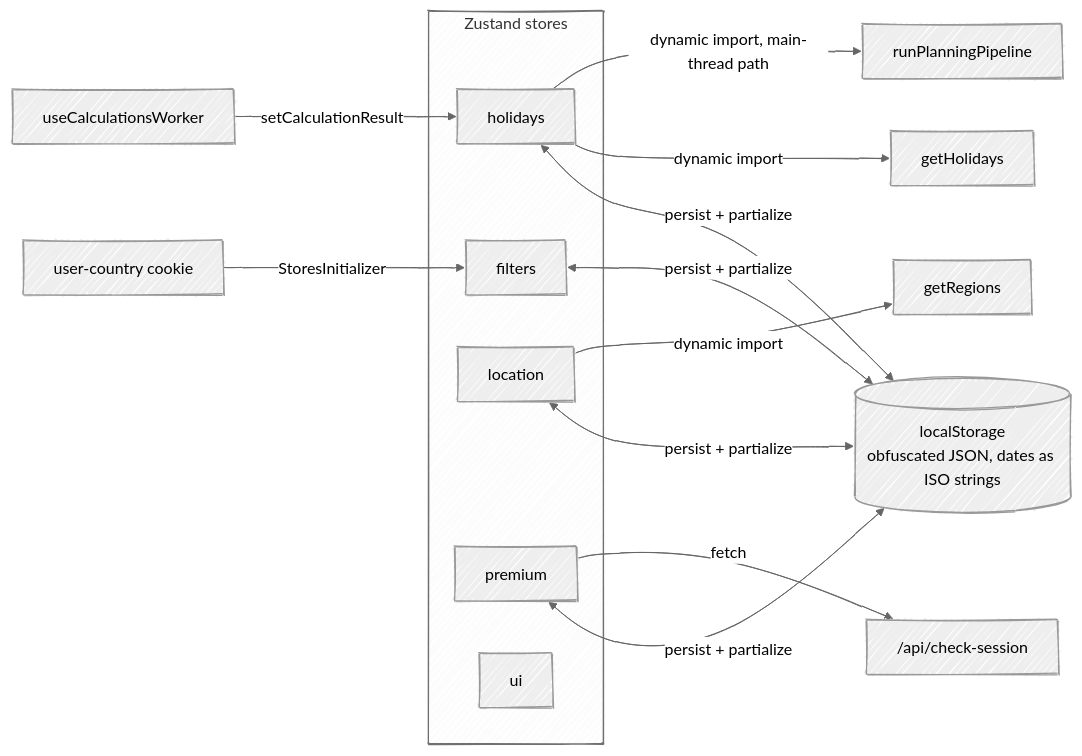
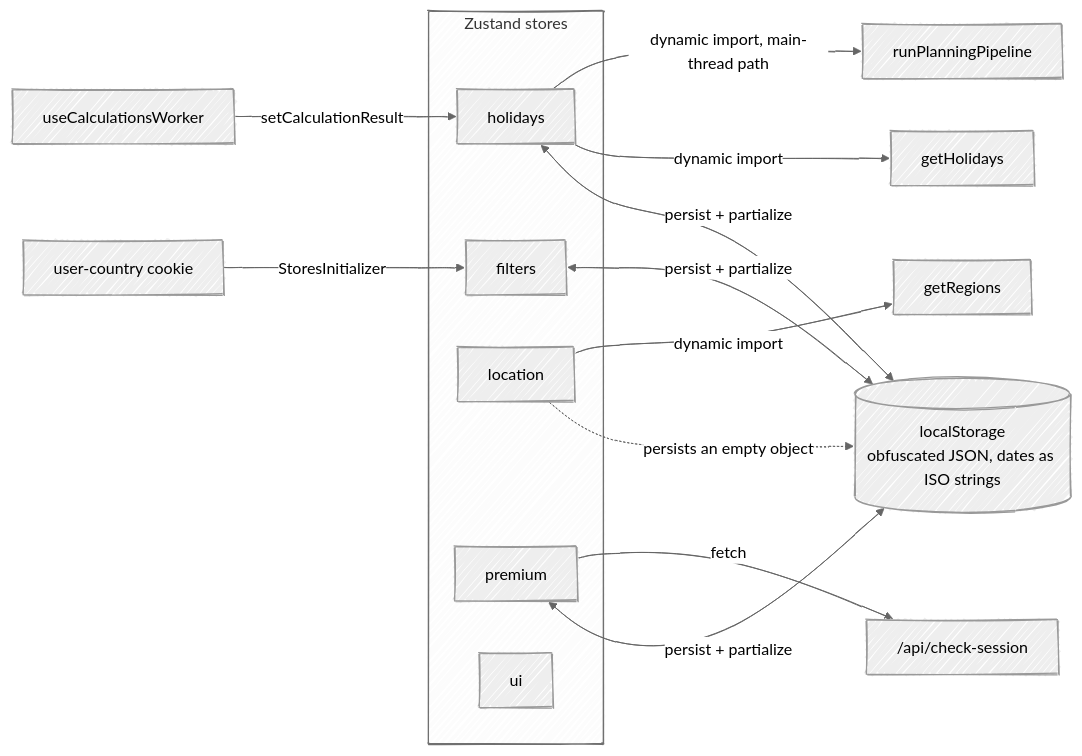
One commit to fbuireu/forever-pto changed the first of 2 diagrams in apps/docs/src/content/docs/how-it-works/state-stores.mdx. Above: the diagram before and after it, drawn with Mermaid (neutral theme). The commit also changed other lines of this file and 22 other files, not shown here.

````diff
--- a/apps/docs/src/content/docs/how-it-works/state-stores.mdx
+++ b/apps/docs/src/content/docs/how-it-works/state-stores.mdx
@@ -9,23 +9,24 @@
 ```mermaid
 ---
 config:
   look: handDrawn
   layout: dagre
 ---
 flowchart LR
   subgraph stores [Zustand stores]
     F[filters]
     H[holidays]
     L[location]
     P[premium]
     U[ui]
   end
-  LS[(localStorage<br/>obfuscated JSON, dates as ISO strings)]
-  F & H & L & P <-->|persist + partialize| LS
+  LS[("localStorage<br/>obfuscated JSON, dates as ISO strings")]
+  F & H & P <-->|persist + partialize| LS
+  L -.->|persists an empty object| LS
   H -->|dynamic import| GH[getHolidays]
   H -->|dynamic import, main-thread path| PIPE[runPlanningPipeline]
   W[useCalculationsWorker] -->|setCalculationResult| H
   L -->|dynamic import| GC[getRegions]
   P -->|fetch| CS["/api/check-session"]
   CK[user-country cookie] -->|StoresInitializer| F
 ```
````
